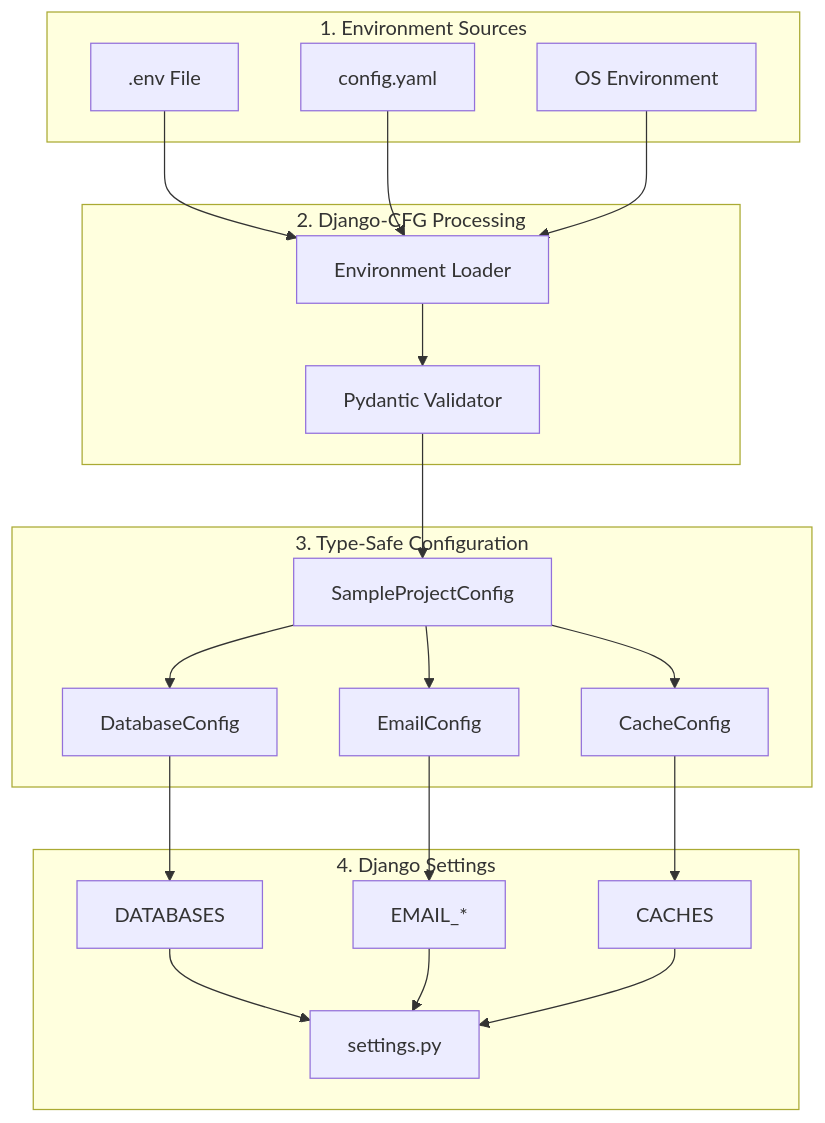
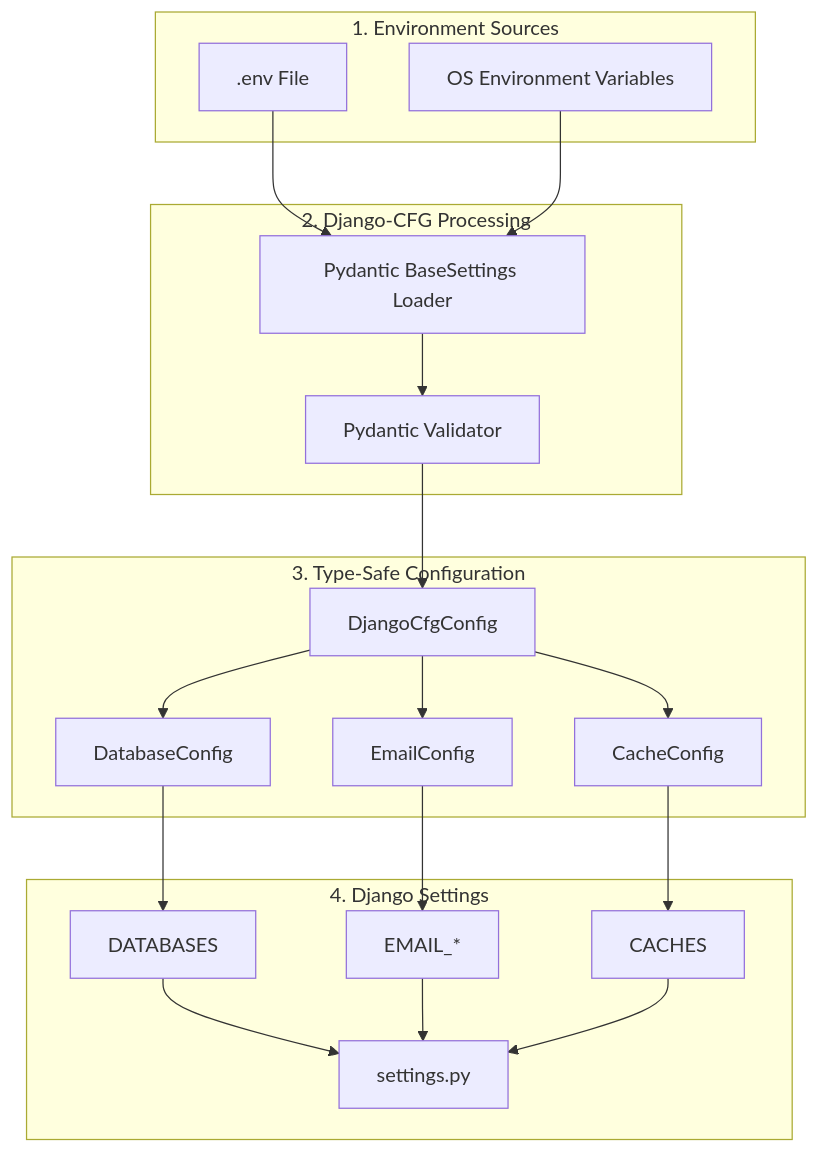
One commit to markolofsen/django-cfg changed the second of 2 diagrams in django_cfg/docs/guides/sample-project/overview.mdx. Above: the diagram before and after it, drawn with Mermaid. The commit also changed other lines of this file and 602 other files, not shown here.

First line of the commit message:
refactor(django-cfg): migrate configuration to Pydantic models

````diff
--- a/django_cfg/docs/guides/sample-project/overview.mdx
+++ b/django_cfg/docs/guides/sample-project/overview.mdx
@@ -181,46 +178,44 @@
 ```mermaid
 graph TB
     subgraph "1. Environment Sources"
         ENV[.env File]
-        YAML[config.yaml]
-        OS_ENV[OS Environment]
+        OS_ENV[OS Environment Variables]
     end
 
     subgraph "2. Django-CFG Processing"
-        LOADER[Environment Loader]
+        LOADER[Pydantic BaseSettings Loader]
         VALIDATOR[Pydantic Validator]
     end
 
     subgraph "3. Type-Safe Configuration"
-        CONFIG[SampleProjectConfig]
+        CONFIG[DjangoCfgConfig]
         DB_CFG[DatabaseConfig]
         EMAIL_CFG[EmailConfig]
         CACHE_CFG[CacheConfig]
     end
 
     subgraph "4. Django Settings"
         DATABASES[DATABASES]
         EMAIL[EMAIL_*]
         CACHES[CACHES]
         SETTINGS[settings.py]
     end
 
     ENV --> LOADER
-    YAML --> LOADER
     OS_ENV --> LOADER
 
     LOADER --> VALIDATOR
     VALIDATOR --> CONFIG
 
     CONFIG --> DB_CFG
     CONFIG --> EMAIL_CFG
     CONFIG --> CACHE_CFG
 
     DB_CFG --> DATABASES
     EMAIL_CFG --> EMAIL
     CACHE_CFG --> CACHES
 
     DATABASES --> SETTINGS
     EMAIL --> SETTINGS
     CACHES --> SETTINGS
 ```
````
